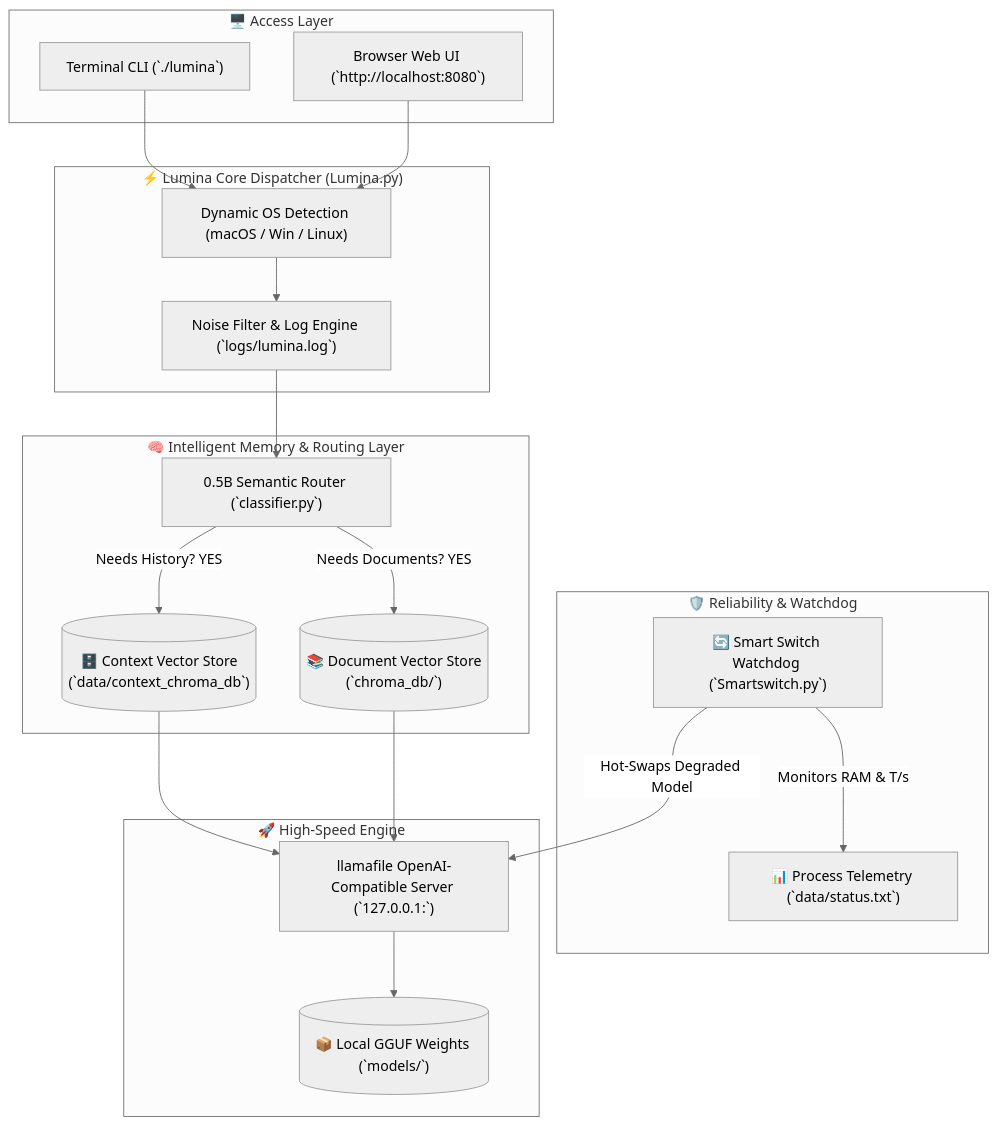
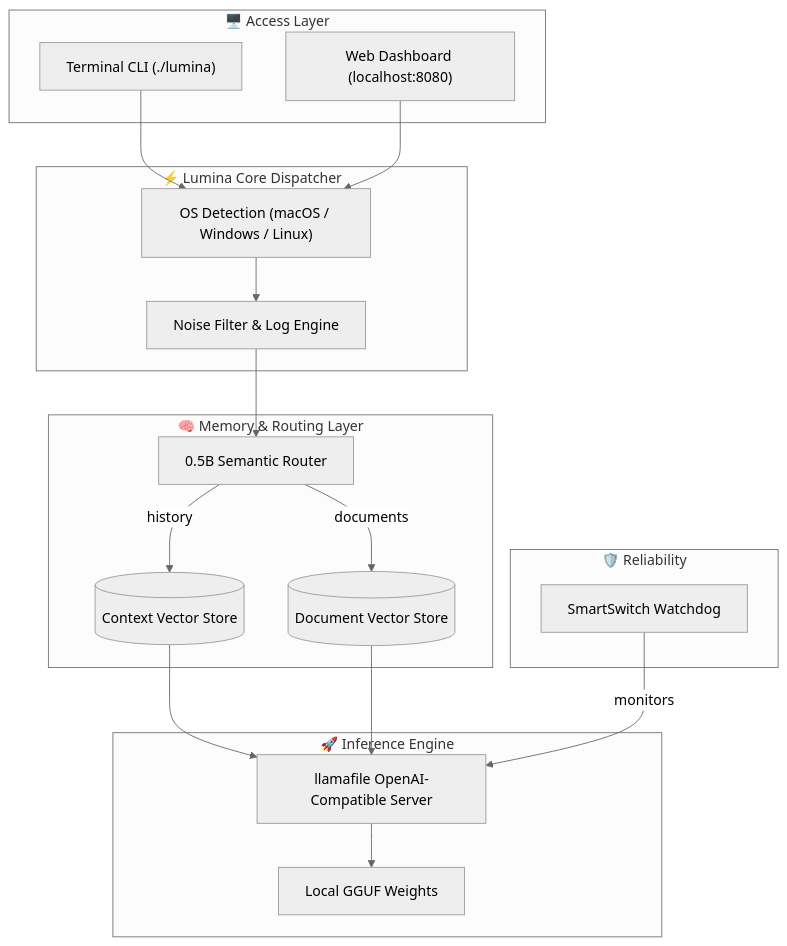
Before and after one commit to Uwais-ML/Lumina: the diagram in README.md, drawn with Mermaid (neutral theme). The commit also changed other lines of this file, not shown here.

````diff
--- a/README.md
+++ b/README.md
@@ -121,43 +240,38 @@
 ```mermaid
 flowchart TB
-    subgraph UI ["🖥️ Access Layer"]
-        CLI["Terminal CLI (`./lumina`)"]
-        WEB["Browser Web UI (`http://localhost:8080`)"]
+    subgraph UI["🖥️ Access Layer"]
+        CLI["Terminal CLI (./lumina)"]
+        WEB["Web Dashboard (localhost:8080)"]
     end
 
-    subgraph Core ["⚡ Lumina Core Dispatcher (Lumina.py)"]
-        OS_DETECT["Dynamic OS Detection (macOS / Win / Linux)"]
-        FILTER["Noise Filter & Log Engine (`logs/lumina.log`)"]
+    subgraph Core["⚡ Lumina Core Dispatcher"]
+        OS_DETECT["OS Detection (macOS / Windows / Linux)"]
+        FILTER["Noise Filter & Log Engine"]
     end
 
-    subgraph MemoryLayer ["🧠 Intelligent Memory & Routing Layer"]
-        CLASSIFIER["0.5B Semantic Router (`classifier.py`)"]
-        CONTEXT_DB[("🗄️ Context Vector Store\n(`data/context_chroma_db`)")]
-        DOC_DB[("📚 Document Vector Store\n(`chroma_db/`)")]
+    subgraph Memory["🧠 Memory & Routing Layer"]
+        CLASSIFIER["0.5B Semantic Router"]
+        CONTEXT_DB[("Context Vector Store")]
+        DOC_DB[("Document Vector Store")]
     end
 
-    subgraph Watchdog ["🛡️ Reliability & Watchdog"]
-        SMART_SW["🔄 Smart Switch Watchdog (`Smartswitch.py`)"]
-        TELEMETRY["📊 Process Telemetry (`data/status.txt`)"]
+    subgraph Watchdog["🛡️ Reliability"]
+        SMART_SW["SmartSwitch Watchdog"]
     end
 
-    subgraph Inference ["🚀 High-Speed Engine"]
-        LLAMAFILE["llamafile OpenAI-Compatible Server (`127.0.0.1:<port>`)"]
-        GGUF_MODELS[("📦 Local GGUF Weights (`models/`)")]
+    subgraph Inference["🚀 Inference Engine"]
+        LLAMAFILE["llamafile OpenAI-Compatible Server"]
+        GGUF["Local GGUF Weights"]
     end
 
     CLI --> OS_DETECT
     WEB --> OS_DETECT
     OS_DETECT --> FILTER
-    
     FILTER --> CLASSIFIER
-    CLASSIFIER -->|Needs History? YES| CONTEXT_DB
-    CLASSIFIER -->|Needs Documents? YES| DOC_DB
-    
+    CLASSIFIER -->|history| CONTEXT_DB
+    CLASSIFIER -->|documents| DOC_DB
     CONTEXT_DB --> LLAMAFILE
     DOC_DB --> LLAMAFILE
-    LLAMAFILE --> GGUF_MODELS
-    
-    SMART_SW -->|Monitors RAM & T/s| TELEMETRY
-    SMART_SW -->|Hot-Swaps Degraded Model| LLAMAFILE
+    LLAMAFILE --> GGUF
+    SMART_SW -->|monitors| LLAMAFILE
 ```
````
